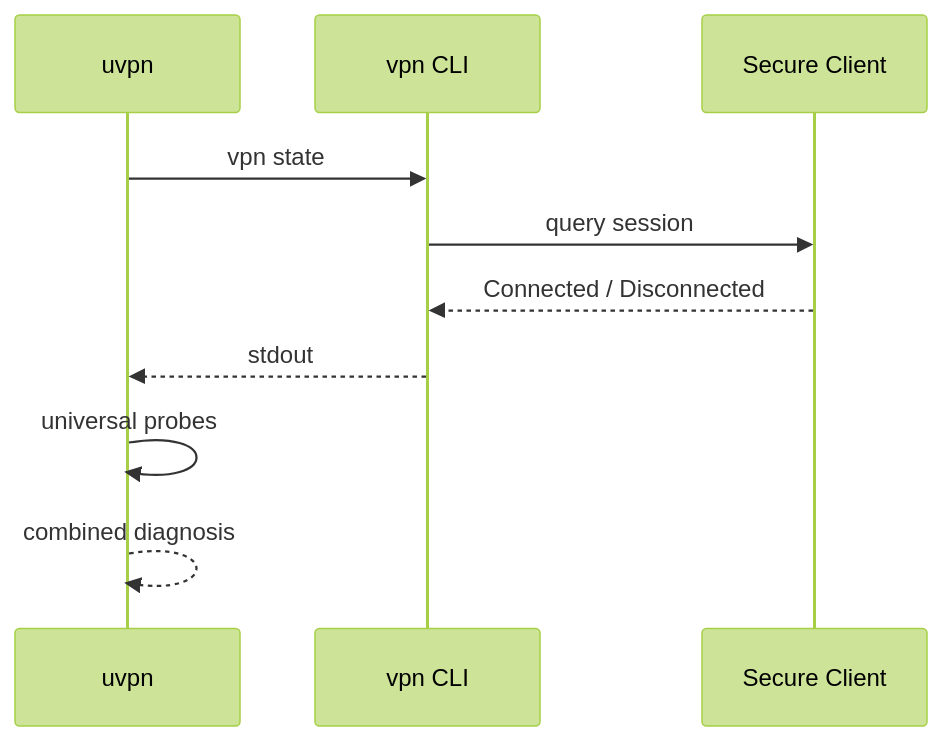
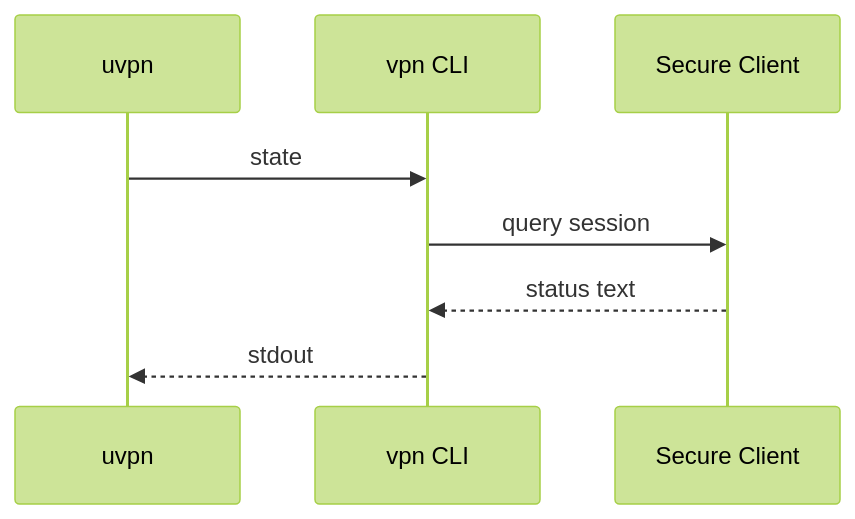
One commit to roto31/Tunnel-Monitor---Universal changed the third of 4 diagrams in docs/vpn-solutions/cisco-anyconnect.md. Above: the diagram before and after it, drawn with Mermaid (forest theme). The commit also changed other lines of this file and 22 other files, not shown here.

````diff
--- a/docs/vpn-solutions/cisco-anyconnect.md
+++ b/docs/vpn-solutions/cisco-anyconnect.md
@@ -58,12 +43,10 @@
 ```mermaid
 sequenceDiagram
     participant U as uvpn
     participant V as vpn CLI
     participant SC as Secure Client
-    U->>V: vpn state
+    U->>V: state
     V->>SC: query session
-    SC-->>V: Connected / Disconnected
+    SC-->>V: status text
     V-->>U: stdout
-    U->>U: universal probes
-    U-->>U: combined diagnosis
 ```
````
